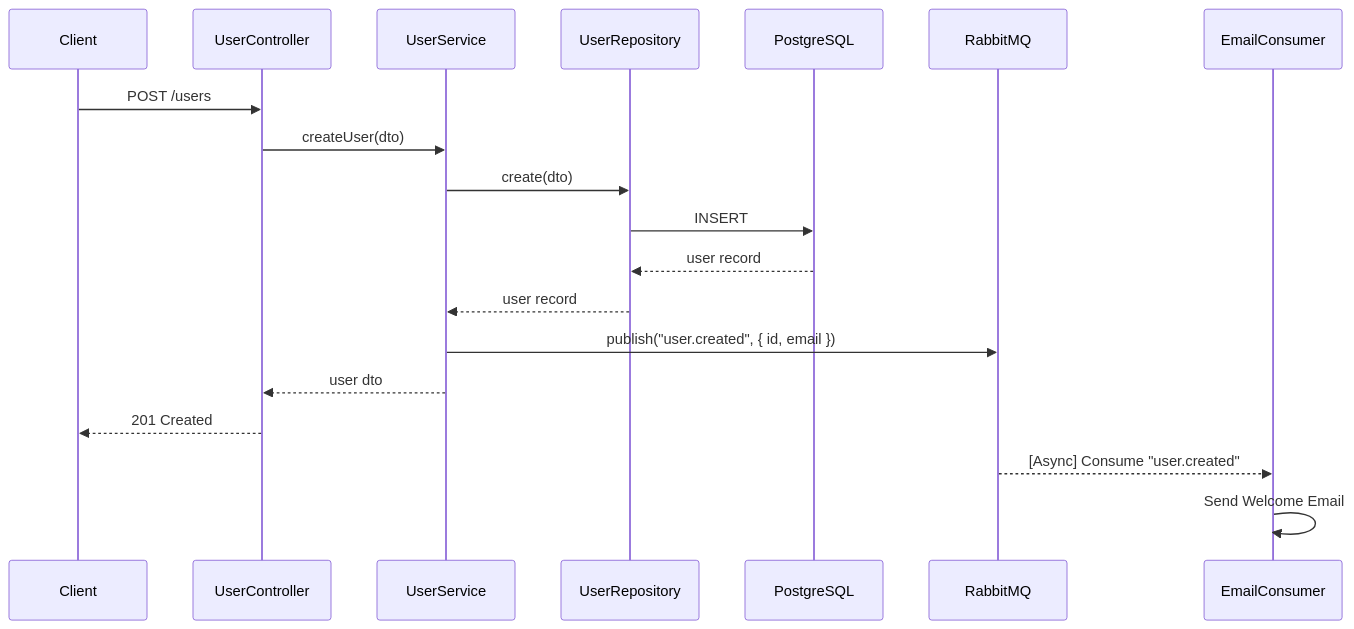
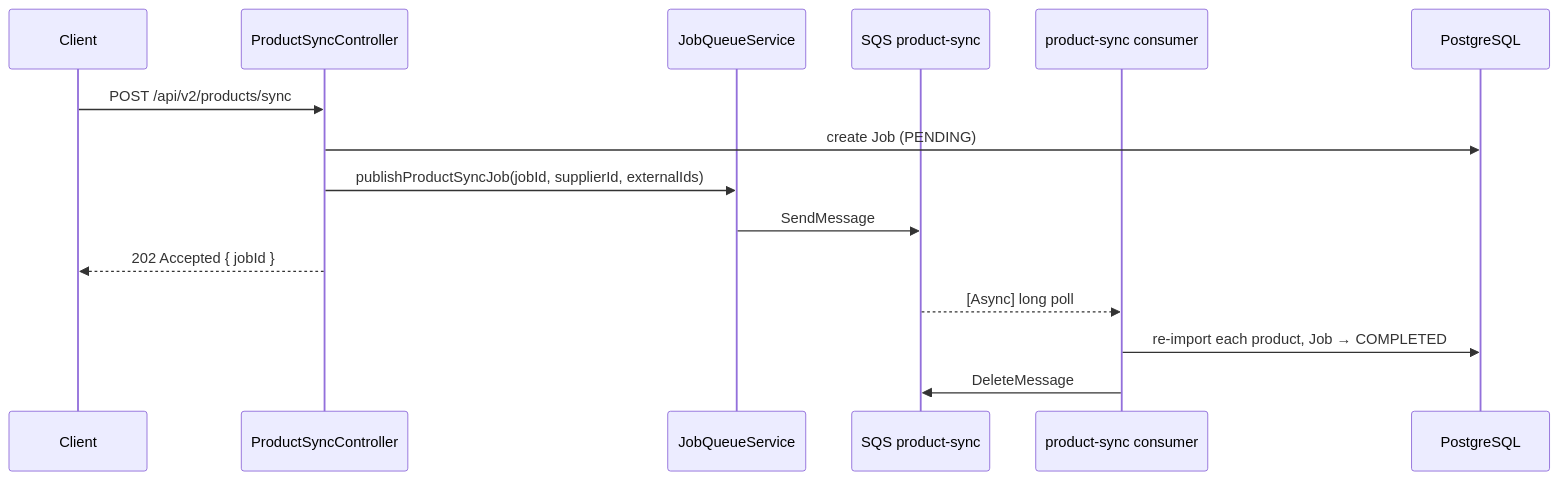
One commit to FORHU/all-in-one-v2-api changed the second of 2 diagrams in README.md. Above: the diagram before and after it, drawn with Mermaid. The commit also changed other lines of this file and 51 other files, not shown here.

````diff
--- a/README.md
+++ b/README.md
@@ -270,23 +262,19 @@
 ```mermaid
 sequenceDiagram
     participant Client
-    participant Controller as UserController
-    participant Service as UserService
-    participant Repo as UserRepository
+    participant Controller as ProductSyncController
+    participant Queue as JobQueueService
+    participant SQS as SQS product-sync
+    participant Worker as product-sync consumer
     participant DB as PostgreSQL
-    participant Broker as RabbitMQ
-    participant Consumer as EmailConsumer
 
-    Client->>Controller: POST /users
-    Controller->>Service: createUser(dto)
-    Service->>Repo: create(dto)
-    Repo->>DB: INSERT
-    DB-->>Repo: user record
-    Repo-->>Service: user record
-    Service->>Broker: publish("user.created", { id, email })
-    Service-->>Controller: user dto
-    Controller-->>Client: 201 Created
+    Client->>Controller: POST /api/v2/products/sync
+    Controller->>DB: create Job (PENDING)
+    Controller->>Queue: publishProductSyncJob(jobId, supplierId, externalIds)
+    Queue->>SQS: SendMessage
+    Controller-->>Client: 202 Accepted { jobId }
 
-    Broker-->>Consumer: [Async] Consume "user.created"
-    Consumer->>Consumer: Send Welcome Email
+    SQS-->>Worker: [Async] long poll
+    Worker->>DB: re-import each product, Job → COMPLETED
+    Worker->>SQS: DeleteMessage
 ```
````
